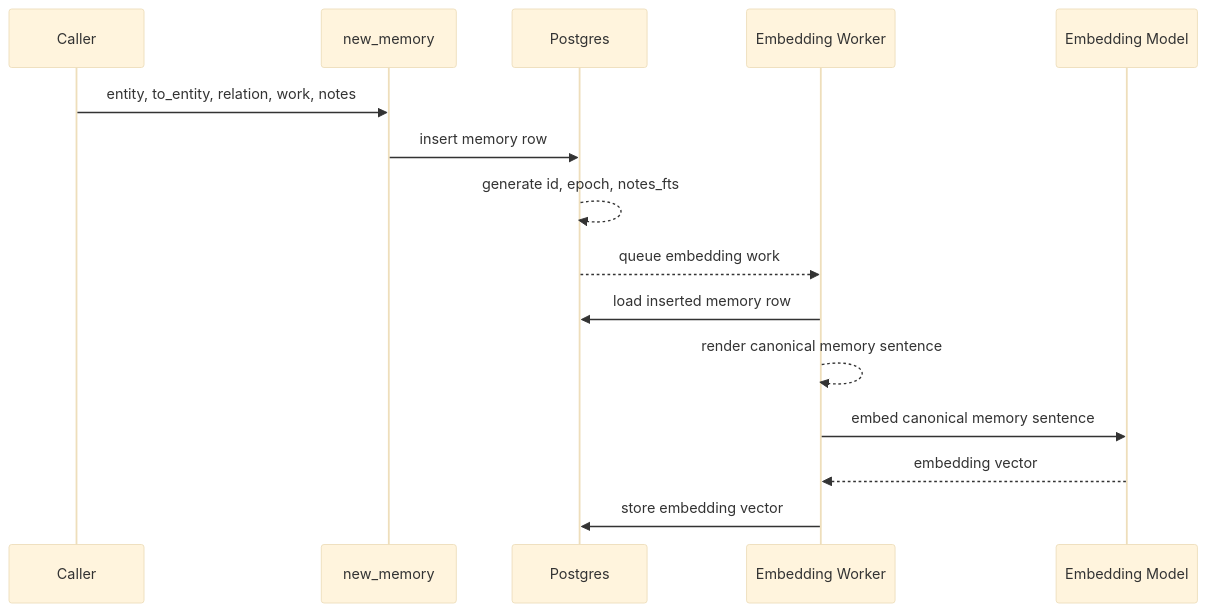
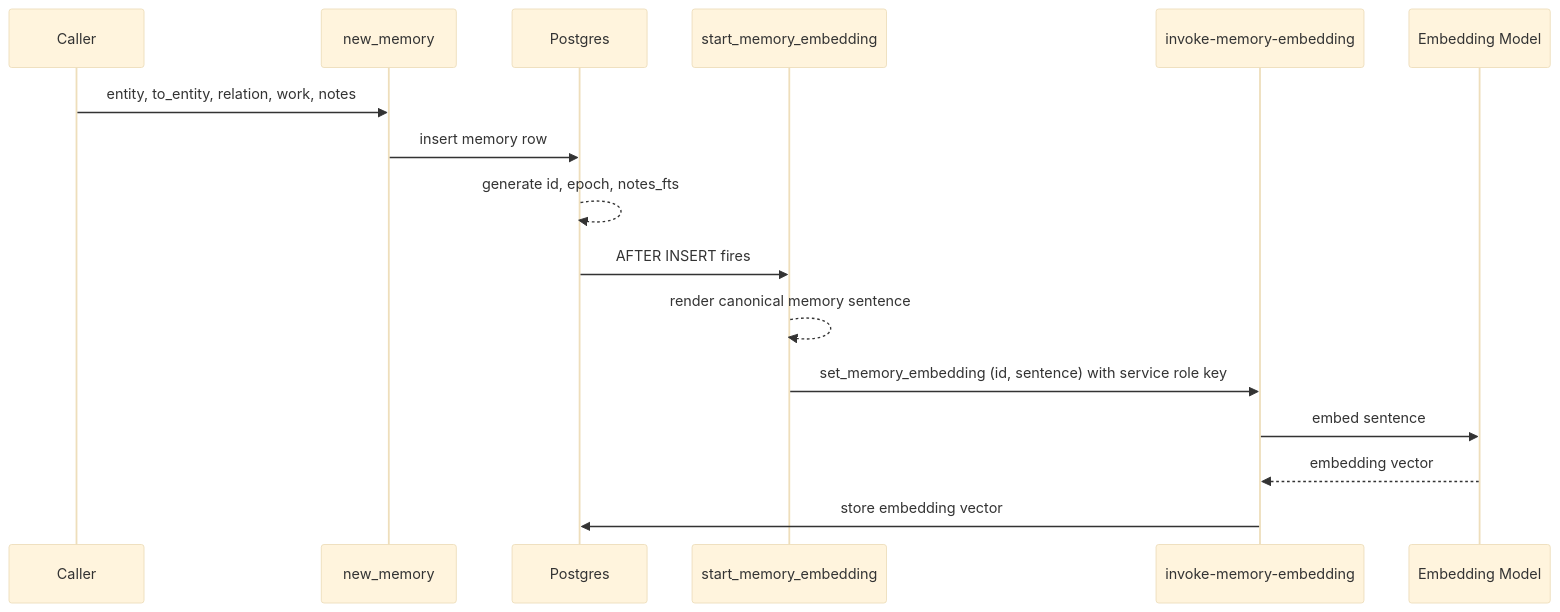
The first of 2 diagrams in memory.spec.md (andmigque/Memory), drawn with Mermaid (base theme) before and after one commit. The commit also changed other lines of this file and 2 other files, not shown here.

Commit message:
# Updated memory spec - Add memory embedding function - Add embedding sql

````diff
--- a/memory.spec.md
+++ b/memory.spec.md
@@ -71,18 +111,19 @@
 ```mermaid
 sequenceDiagram
     participant Caller
     participant NewMemory as new_memory
     participant Postgres
-    participant Worker as Embedding Worker
+    participant Trigger as start_memory_embedding
+    participant Edge as invoke-memory-embedding
     participant Model as Embedding Model
 
     Caller->>NewMemory: entity, to_entity, relation, work, notes
     NewMemory->>Postgres: insert memory row
     Postgres-->>Postgres: generate id, epoch, notes_fts
-    Postgres-->>Worker: queue embedding work
-    Worker->>Postgres: load inserted memory row
-    Worker-->>Worker: render canonical memory sentence
-    Worker->>Model: embed canonical memory sentence
-    Model-->>Worker: embedding vector
-    Worker->>Postgres: store embedding vector
+    Postgres->>Trigger: AFTER INSERT fires
+    Trigger-->>Trigger: render canonical memory sentence
+    Trigger->>Edge: set_memory_embedding (id, sentence) with service role key
+    Edge->>Model: embed sentence
+    Model-->>Edge: embedding vector
+    Edge->>Postgres: store embedding vector
 ```
````
